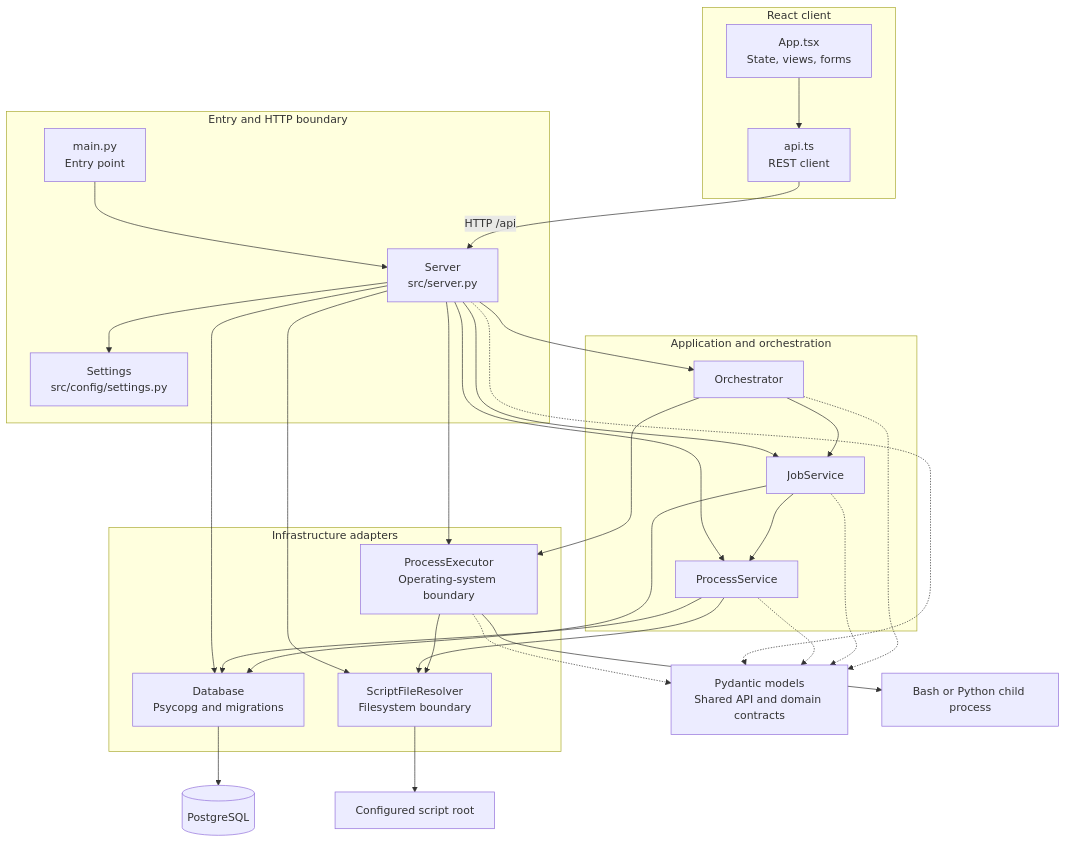
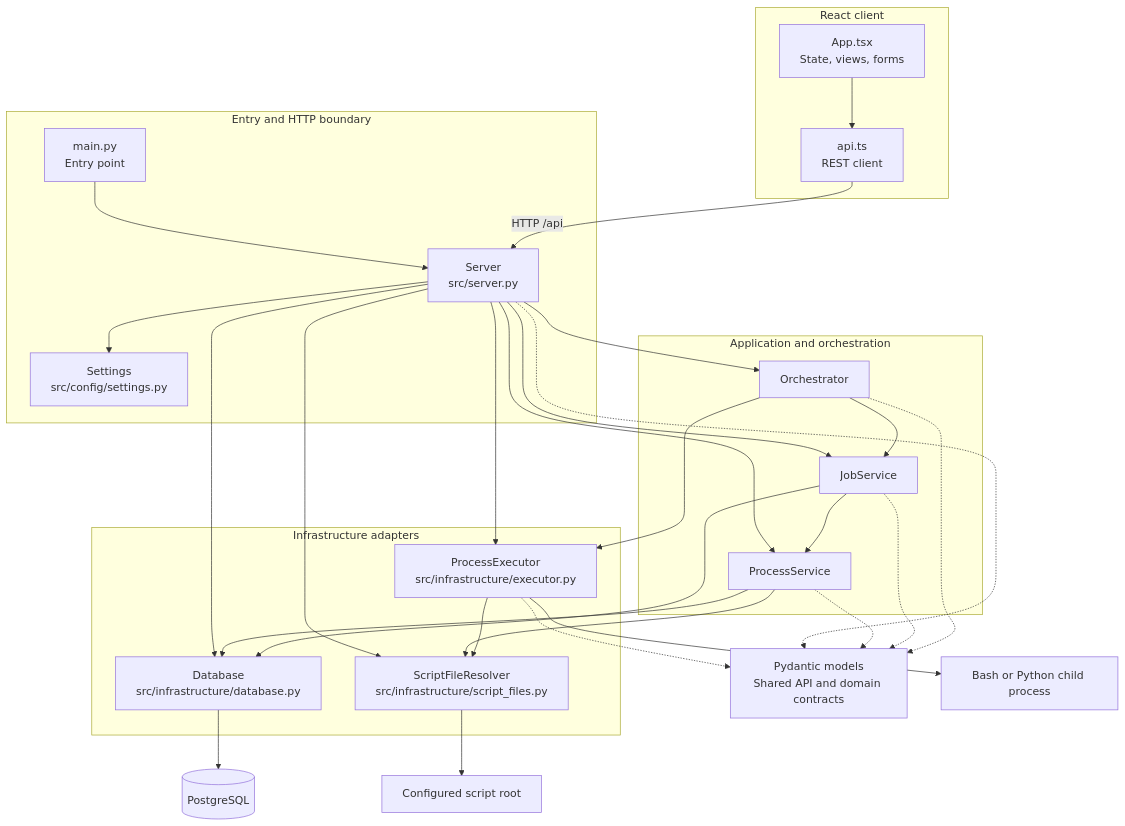
One commit to ScottRBK/Dark-Orchestrator changed the diagram in AGENTS.md. Above: the diagram before and after it, drawn with Mermaid. The commit also changed other lines of this file and 8 other files, not shown here.

````diff
--- a/AGENTS.md
+++ b/AGENTS.md
@@ -12,51 +12,51 @@
 ```mermaid
 flowchart TB
     subgraph frontend["React client"]
         app["App.tsx<br/>State, views, forms"] --> api_client["api.ts<br/>REST client"]
     end
 
     subgraph boundary["Entry and HTTP boundary"]
         main["main.py<br/>Entry point"] --> server["Server<br/>src/server.py"]
         settings["Settings<br/>src/config/settings.py"]
     end
 
     subgraph application["Application and orchestration"]
         process_service["ProcessService"]
         job_service["JobService"]
         orchestrator["Orchestrator"]
     end
 
     subgraph infrastructure["Infrastructure adapters"]
-        database["Database<br/>Psycopg and migrations"]
-        files["ScriptFileResolver<br/>Filesystem boundary"]
-        executor["ProcessExecutor<br/>Operating-system boundary"]
+        database["Database<br/>src/infrastructure/database.py"]
+        files["ScriptFileResolver<br/>src/infrastructure/script_files.py"]
+        executor["ProcessExecutor<br/>src/infrastructure/executor.py"]
     end
 
     models["Pydantic models<br/>Shared API and domain contracts"]
 
     api_client -->|"HTTP /api"| server
     server --> settings
     server --> process_service
     server --> job_service
     server --> orchestrator
     server --> database
     server --> files
     server --> executor
     process_service --> database
     process_service --> files
     job_service --> database
     job_service --> process_service
     orchestrator --> job_service
     orchestrator --> executor
     executor --> files
 
     server -.-> models
     process_service -.-> models
     job_service -.-> models
     orchestrator -.-> models
     executor -.-> models
 
     database --> postgres[("PostgreSQL")]
     files --> script_root["Configured script root"]
     executor --> child["Bash or Python child process"]
 ```
````
